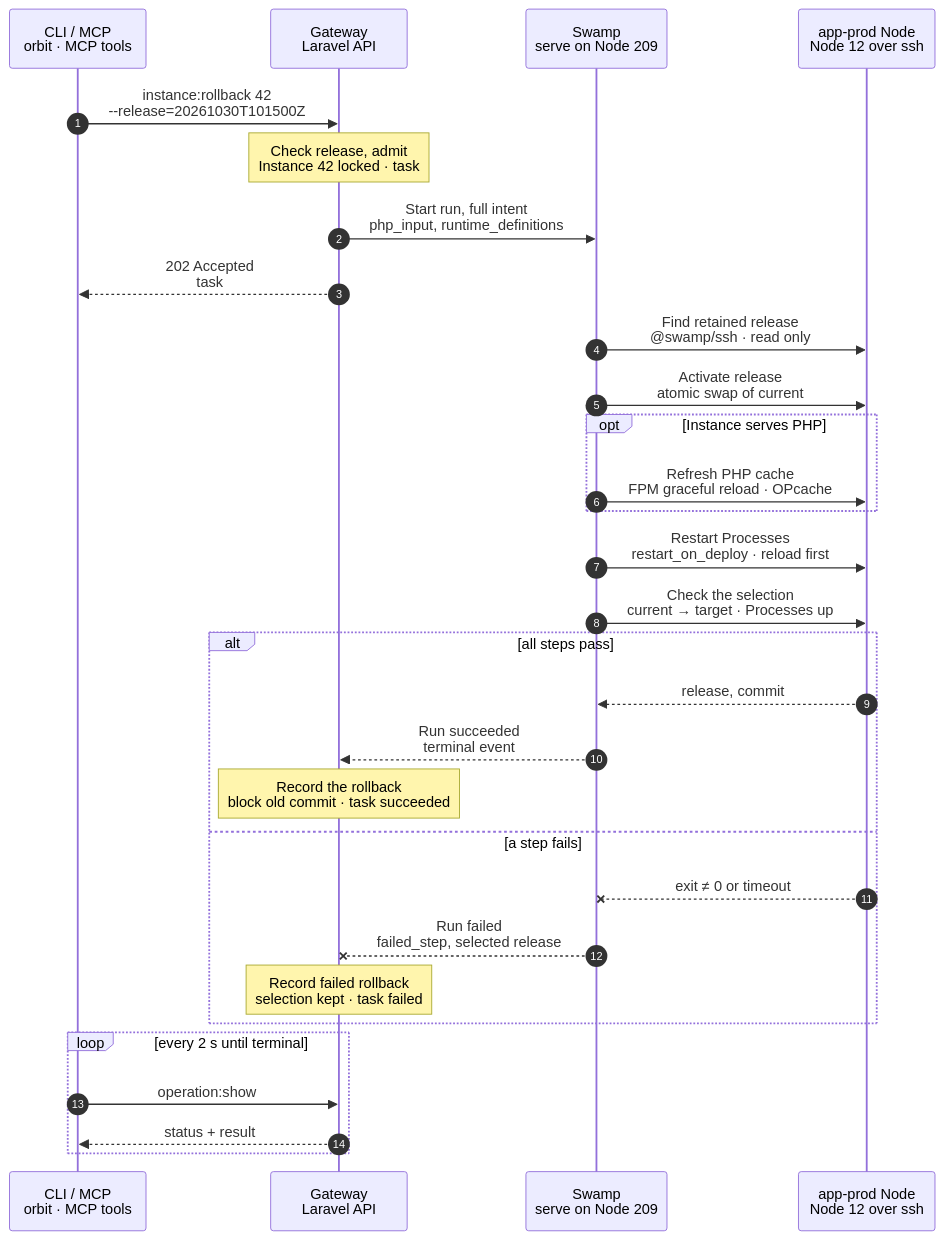
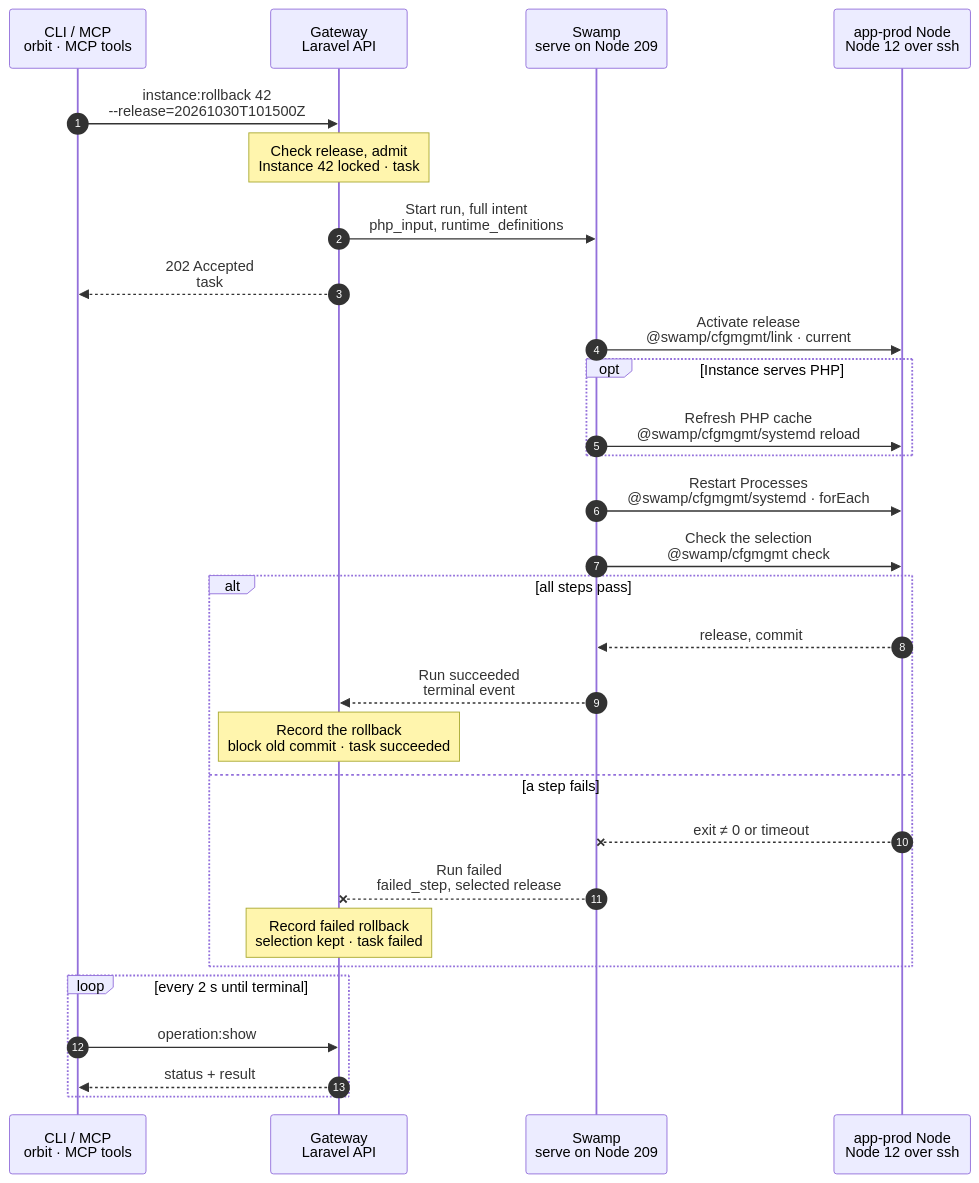
One commit to hardimpactdev/orbit changed the diagram in docs/cli/instance/rollback.mmd. Above: the diagram before and after it, drawn with Mermaid. The commit also changed 2 other files, not shown here.

Commit message:
docs(cli): tighten2 wave 6 charts (instance.deploy, instance.rollback, instance.clone)
process.horizon_handoff waits for its lane: its new chart needs a workflow change.

```diff
--- a/docs/cli/instance/rollback.mmd
+++ b/docs/cli/instance/rollback.mmd
@@ -1,125 +1,122 @@
 sequenceDiagram
   %% Target design: ADR 0244 task + full intent as inputs, single-swamp-node; DECISIONS 4 / R1-R4 (process.stop shape), round 2 (admit instead of refuse; php_input and runtime_definitions as inputs), 3 (rollback removes the auto-deploy schedule); rule 7 (reload over restart, restart_on_deploy only). docs/reference/deployments.md#roll-back.
+  %% Tightened: flow-tighten 2026-11-02, rules 5, 16, 22 (no release read: the Gateway records retained releases and holds the Instance lock; cfgmgmt link/systemd).
   %% status: draft
   %% command: instance:rollback
   %% kind: instance.rollback
   autonumber
   %% lane CLI icon=terminal pill=caller tone=gray
   %% lane GW icon=gateway pill=intent tone=blue
   %% lane SW icon=workflow pill=executes tone=green
   %% lane N icon=server pill=target tone=amber
   participant CLI as CLI / MCP<br/>orbit · MCP tools
   participant GW as Gateway<br/>Laravel API
   participant SW as Swamp<br/>serve on Node 209
   participant N as app-prod Node<br/>Node 12 over ssh
   CLI->>GW: instance:rollback 42<br/>--release=20261030T101500Z
   %%> Command:
   %%> - `orbit instance:rollback 42 --release=20261030T101500Z`
   %%> - syntax: `<instance> --release=NAME [--idempotency-key=KEY] [--json]`
   %%> Input:
   %%> - the Instance, and one retained release name from `instance:release:list 42`
   %%> Who can call it:
   %%> - the `orbit` CLI and the MCP tool send the same request
   Note over GW: Check release, admit<br/>Instance 42 locked · task #5151
   %%> Requirements:
   %%> - your Node has an access grant to Node 12
   %%> - Instance 42 is a production Instance; else `deployment_config.unavailable`
   %%> - Instance 42 retains release `20261030T101500Z`; else `rollback.release_not_retained` and nothing changes
   %%> - no started operation holds Instance 42; else `operation.target_busy`
   %%> Wins over:
   %%> - a deploy that no worker has started; it ends `cancelled` with `operation.superseded`
   %%> Freezes:
   %%> - `php_input`: the PHP runtime and pool of Instance 42
   %%> - `runtime_definitions`: its Process and Schedule definitions
   %%> - the account `orbit-app-7` and its home
   %%> Result:
   %%> - deployment 89 recorded as a running rollback; task #5151 recorded with the full intent
   %%> - automatic deployment pauses, and its schedule is removed
   GW->>SW: Start run, full intent<br/>php_input, runtime_definitions
   %%> What it does:
   %%> - starts one run of `operation-instance-rollback` on Swamp serve (Node 209); every step runs there
   %%> Inputs:
   %%> - Node 12's address and SSH host keys; the SSH identity comes from the `swamp` role
   %%> - the release name, `php_input` and `runtime_definitions`
   %%> Not included:
   %%> - no GitHub token and no `.env`: a rollback fetches nothing and writes no environment
   %%> Budget:
   %%> - 900 s
   GW-->>CLI: 202 Accepted<br/>task #5151
   %%> What you get:
   %%> - the task number, at once
   %%> Next:
   %%> - the CLI follows the task until it ends
-  SW->>N: Find retained release<br/>@swamp/ssh · read only
+  SW->>N: Activate release<br/>@swamp/cfgmgmt/link · current
   %%> How:
-  %%> - Swamp reaches Node 12 over `@swamp/ssh` from 209, with `command/shell` steps
-  %%> What it does:
-  %%> - reads the current selection
-  %%> - checks again that the release exists under `releases/`, records this repository, and keeps its web root inside it
-  %%> Why again:
-  %%> - a deploy's cleanup can remove the release after the request; then `rollback.release_invalid`
-  SW->>N: Activate release<br/>atomic swap of current
+  %%> - Swamp reaches Node 12 over `@swamp/ssh` from 209 with `@swamp/cfgmgmt/link`; nothing is copied to the Node
+  %%> Why no read first:
+  %%> - the Gateway's retained-release records come from deploy results, and Instance 42's lock keeps a deploy's cleanup from removing the release meanwhile
   %%> What it does:
   %%> - checks each served web root and its `.env` links in the release, and adds a missing link
   %%> - replaces the `current` link with one atomic rename
   %%> Cancel:
   %%> - a cancel before this step stops the rollback; after it, the rollback finishes
   opt Instance serves PHP
-    SW->>N: Refresh PHP cache<br/>FPM graceful reload · OPcache
+    SW->>N: Refresh PHP cache<br/>@swamp/cfgmgmt/systemd reload
     %%> What it does:
     %%> - converges the dedicated PHP-FPM pool from `php_input`
     %%> - reloads it gracefully, so running requests finish; then resets OPcache and waits for it
     %%> When a restart is needed:
     %%> - only when the pool's runtime itself differs, such as the PHP version
   end
-  SW->>N: Restart Processes<br/>restart_on_deploy · reload first
+  SW->>N: Restart Processes<br/>@swamp/cfgmgmt/systemd · forEach
   %%> What it does:
   %%> - installs `runtime_definitions`, in the `process.create` and `schedule.create` shape
   %%> - for each running Process with `restart_on_deploy`: reload when the Process allows it, else restart
   %%> Not included:
   %%> - Processes without `restart_on_deploy`, and stopped Processes, stay as they are
   %%> - no deploy step, no Git fetch, no database change
-  SW->>N: Check the selection<br/>current → target · Processes up
+  SW->>N: Check the selection<br/>@swamp/cfgmgmt check
   %%> What it does:
   %%> - reads `current` back and checks it selects `20261030T101500Z`
   %%> - checks that each restarted Process is active
   alt all steps pass
     N-->>SW: release, commit
     %%> Returns:
     %%> - the selected release, its commit, and the restarted Processes
     SW-->>GW: Run succeeded<br/>terminal event
     %%> How the Gateway learns it:
     %%> - its shared run reader sees the terminal event; Swamp never calls the Gateway
     Note over GW: Record the rollback<br/>block old commit · task succeeded
     %%> Result:
     %%> - deployment 89 succeeds with the release and its commit
     %%> - the commit it moved away from is blocked for automatic deploys
     %%> - automatic deployment stays paused until `instance:auto-deploy:enable 42`
     %%> - task #5151 succeeds
   else a step fails
     N--xSW: exit ≠ 0 or timeout
     %%> When:
     %%> - the release is gone, a check or reload fails, SSH fails, or 900 s run out
     SW--xGW: Run failed<br/>failed_step, selected release
     %%> The Gateway reads:
     %%> - which step failed and its error code
     %%> - which release `current` selects now
     Note over GW: Record failed rollback<br/>selection kept · task failed
     %%> Result:
     %%> - deployment 89 is marked failed; task #5151 fails
     %%> - the old commit is still blocked, and automatic deployment stays paused
     %%> On the Node:
     %%> - a failure before activation keeps the old selection
     %%> - a failure after it keeps the rollback release selected
     %%> - Orbit restores no data; you own application recovery
     %%> Retry:
     %%> - run the same command again after a fix; it is a new task and safe to repeat
   end
   loop every 2 s until terminal
     CLI->>GW: operation:show #5151
     %%> What it does:
     %%> - asks for the task's status until it has ended
     GW-->>CLI: status + result
     %%> Returns:
     %%> - the current status, and the result once the task has ended
   end
```
